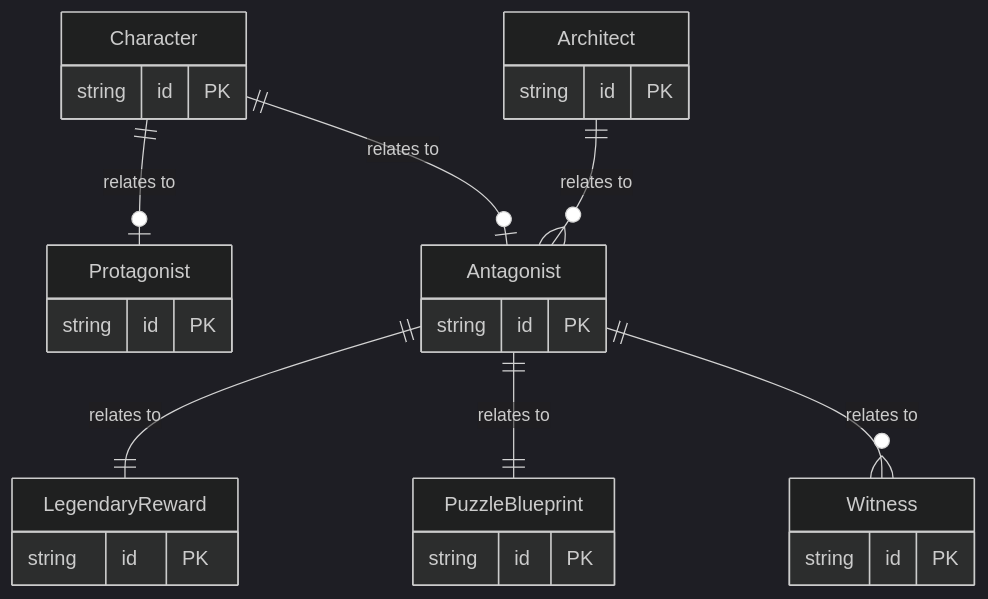
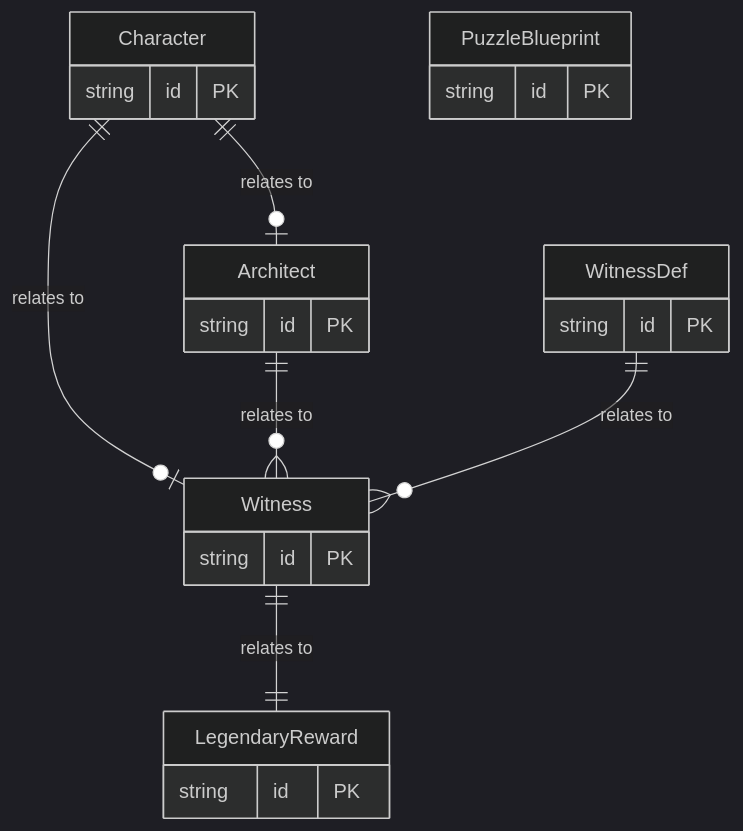
The diagram in docs/architecture/mermaid/entity/e12-story-identity.mmd (bkalaf/echoes-of-eidolon), drawn with Mermaid (dark theme) before and after one commit. The commit also changed 99 other files, not shown here.

```diff
--- a/docs/architecture/mermaid/entity/e12-story-identity.mmd
+++ b/docs/architecture/mermaid/entity/e12-story-identity.mmd
@@ -1,29 +1,25 @@
 %% Story identity
 erDiagram
   Character {
     string id PK
   }
-  Protagonist {
-    string id PK
-  }
-  Antagonist {
+  WitnessDef {
     string id PK
   }
   Witness {
     string id PK
   }
   Architect {
     string id PK
   }
   LegendaryReward {
     string id PK
   }
   PuzzleBlueprint {
     string id PK
   }
-  Character ||--o| Protagonist : "relates to"
-  Character ||--o| Antagonist : "relates to"
-  Architect ||--o{ Antagonist : "relates to"
-  Antagonist ||--|| LegendaryReward : "relates to"
-  Antagonist ||--|| PuzzleBlueprint : "relates to"
-  Antagonist ||--o{ Witness : "relates to"
+  Character ||--o| Architect : "relates to"
+  Character ||--o| Witness : "relates to"
+  Architect ||--o{ Witness : "relates to"
+  WitnessDef ||--o{ Witness : "relates to"
+  Witness ||--|| LegendaryReward : "relates to"
```
